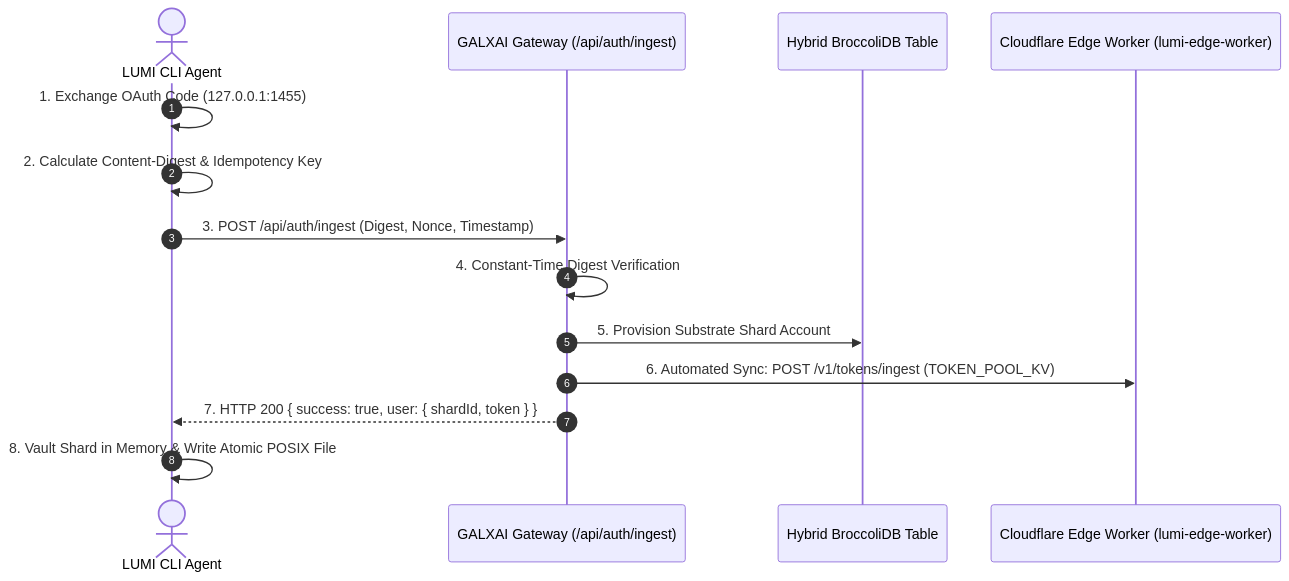
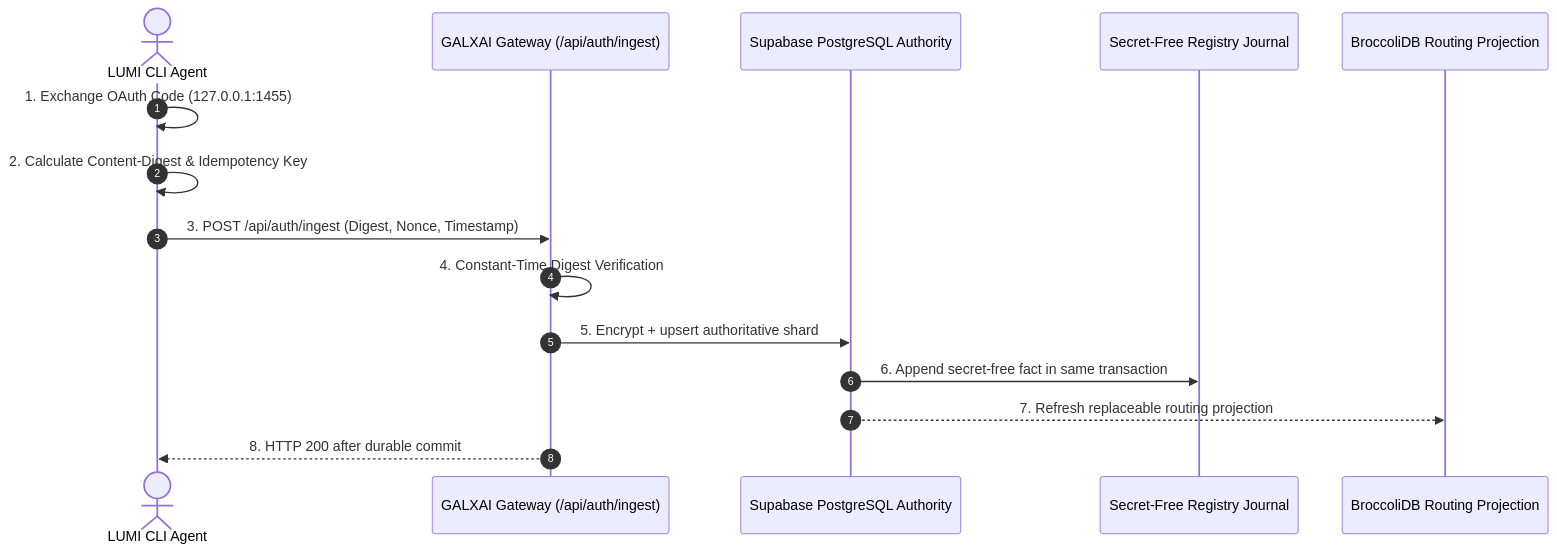
One commit to CardSorting/GALXAI changed the diagram in docs/STANDARDIZED_OAUTH_AND_INGESTION_ARCHITECTURE.md. Above: the diagram before and after it, drawn with Mermaid. The commit also changed other lines of this file and 13 other files, not shown here.

````diff
--- a/docs/STANDARDIZED_OAUTH_AND_INGESTION_ARCHITECTURE.md
+++ b/docs/STANDARDIZED_OAUTH_AND_INGESTION_ARCHITECTURE.md
@@ -74,17 +74,18 @@
 ```mermaid
 sequenceDiagram
     autonumber
     actor CLI as LUMI CLI Agent
     participant IngestGateway as GALXAI Gateway (/api/auth/ingest)
-    participant BroccoliDB as Hybrid BroccoliDB Table
-    participant EdgeFleet as Cloudflare Edge Worker (lumi-edge-worker)
+    participant PostgreSQL as Supabase PostgreSQL Authority
+    participant Journal as Secret-Free Registry Journal
+    participant BroccoliDB as BroccoliDB Routing Projection
 
     CLI->>CLI: 1. Exchange OAuth Code (127.0.0.1:1455)
     CLI->>CLI: 2. Calculate Content-Digest & Idempotency Key
     CLI->>IngestGateway: 3. POST /api/auth/ingest (Digest, Nonce, Timestamp)
     IngestGateway->>IngestGateway: 4. Constant-Time Digest Verification
-    IngestGateway->>BroccoliDB: 5. Provision Substrate Shard Account
-    IngestGateway->>EdgeFleet: 6. Automated Sync: POST /v1/tokens/ingest (TOKEN_POOL_KV)
-    IngestGateway-->>CLI: 7. HTTP 200 { success: true, user: { shardId, token } }
-    CLI->>CLI: 8. Vault Shard in Memory & Write Atomic POSIX File
+    IngestGateway->>PostgreSQL: 5. Encrypt + upsert authoritative shard
+    PostgreSQL->>Journal: 6. Append secret-free fact in same transaction
+    PostgreSQL-->>BroccoliDB: 7. Refresh replaceable routing projection
+    IngestGateway-->>CLI: 8. HTTP 200 after durable commit
 ```
````
